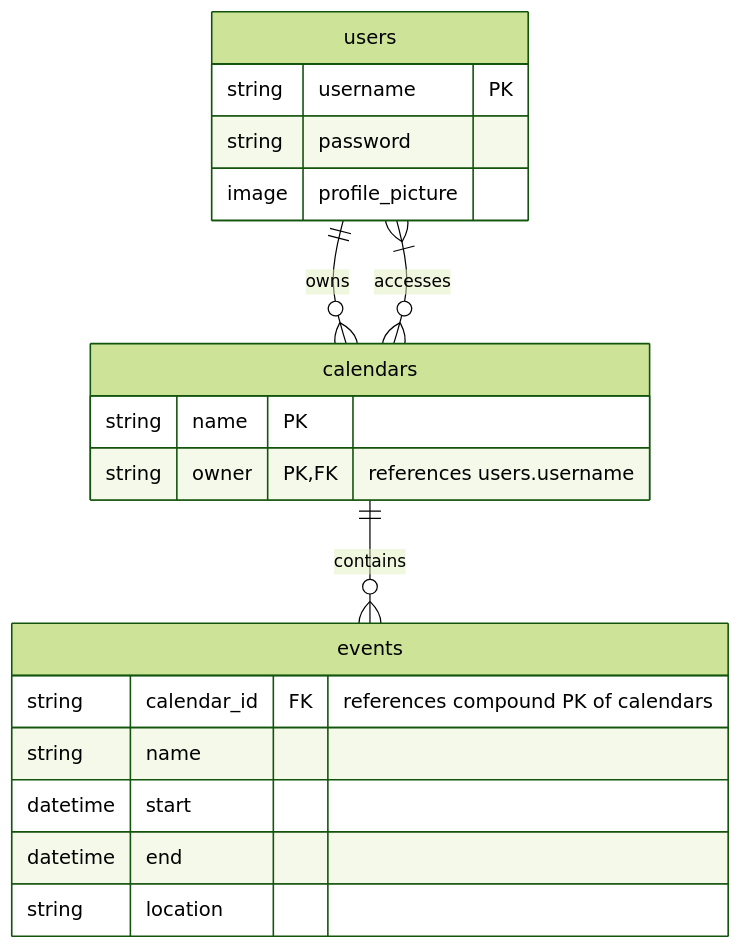
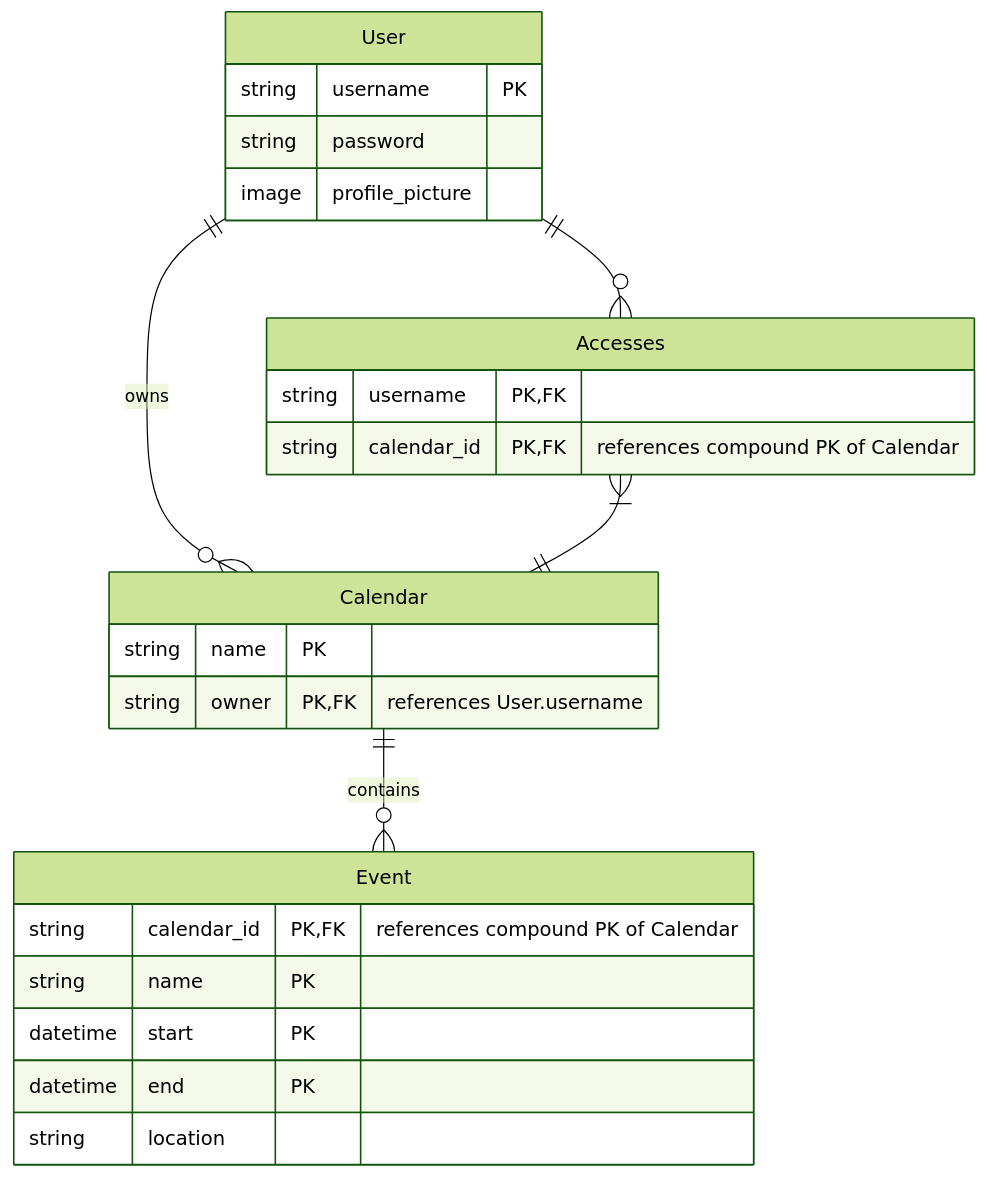
The second of 2 diagrams in README.md (MatthewMckee4/TimeFrame), drawn with Mermaid (forest theme) before and after one commit. The commit also changed other lines of this file, not shown here.

Commit message:
changed ERDs to PascalCase and added m:n relationship as table

````diff
--- a/README.md
+++ b/README.md
@@ -37,25 +37,31 @@
 ```mermaid
 erDiagram
 
-    users ||--o{ calendars : owns
-    users }|--o{ calendars : accesses
-    users {
+    User ||--o{ Calendar : owns
+    User ||--o{ Accesses : ""
+    User {
         string username PK
         string password
         image profile_picture
     }
 
-    calendars ||--o{ events : contains
-    calendars {
-        string name PK
-        string owner PK, FK "references users.username"
+    Accesses }|--|| Calendar : ""
+    Accesses {
+        string username PK,FK
+        string calendar_id PK, FK "references compound PK of Calendar"
     }
 
-    events {
-        string calendar_id FK "references compound PK of calendars"
-        string name
-        datetime start
-        datetime end
+    Calendar ||--o{ Event : contains
+    Calendar {
+        string name PK
+        string owner PK, FK "references User.username"
+    }
+
+    Event {
+        string calendar_id PK, FK "references compound PK of Calendar"
+        string name PK
+        datetime start PK
+        datetime end PK
         string location
     }
 ```
````
